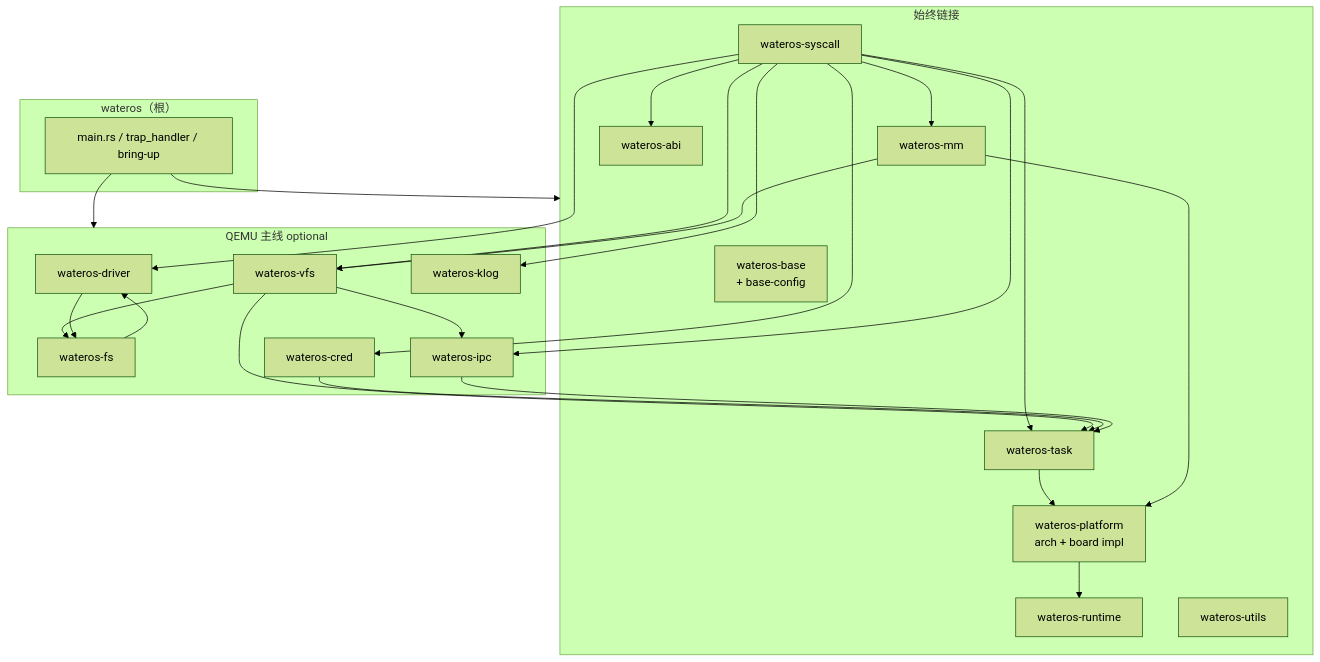
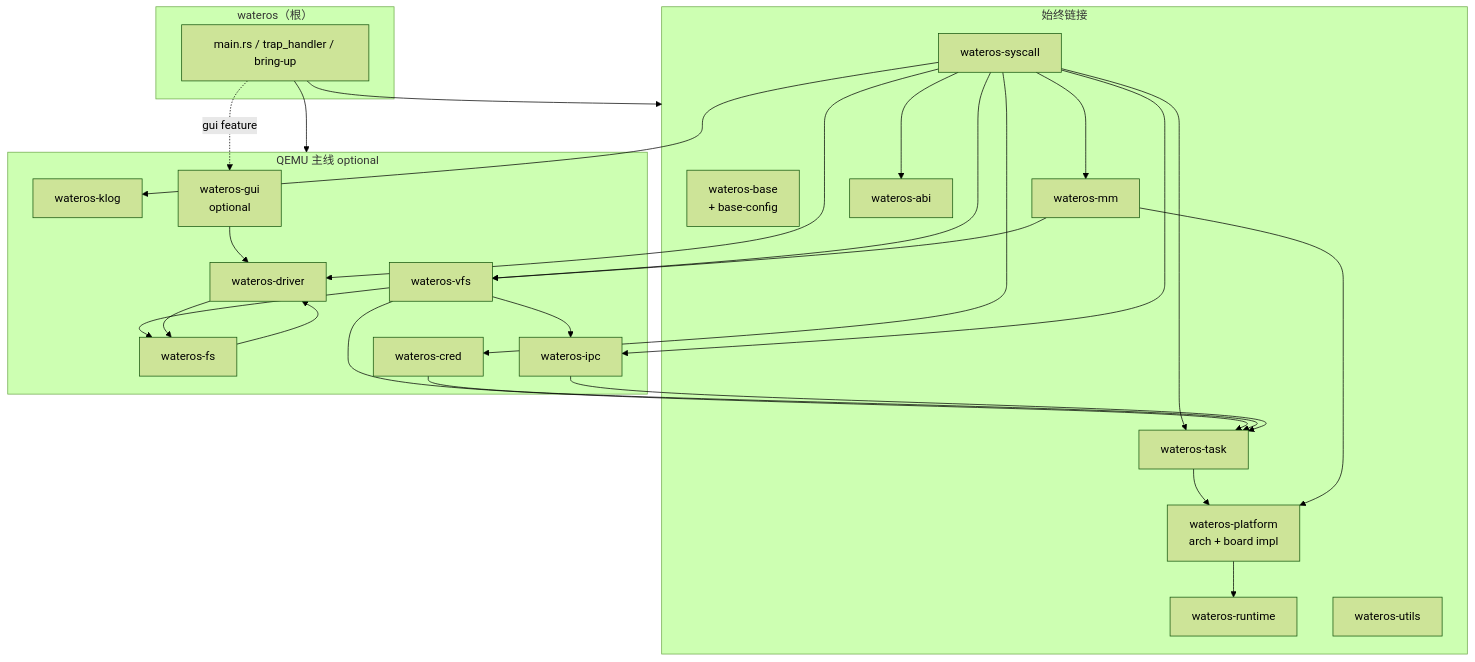
The first of 3 diagrams in docs/exports/architecture/components.md (zhitian111/WaterOS), drawn with Mermaid (forest theme) before and after one commit. The commit also changed other lines of this file and 58 other files, not shown here.

````diff
--- a/docs/exports/architecture/components.md
+++ b/docs/exports/architecture/components.md
@@ -7,54 +7,57 @@
 ```mermaid
 flowchart TB
     subgraph root["wateros（根）"]
         main["main.rs / trap_handler / bring-up"]
     end
 
   subgraph always["始终链接"]
     base["wateros-base<br/>+ base-config"]
     platform["wateros-platform<br/>arch + board impl"]
     runtime["wateros-runtime"]
     mm["wateros-mm"]
     task["wateros-task"]
     syscall["wateros-syscall"]
     abi["wateros-abi"]
     utils["wateros-utils"]
   end
 
   subgraph qemu["QEMU 主线 optional"]
     driver["wateros-driver"]
     fs["wateros-fs"]
     vfs["wateros-vfs"]
     ipc["wateros-ipc"]
     cred["wateros-cred"]
     klog["wateros-klog"]
+    gui["wateros-gui<br/>optional"]
   end
 
   main --> always
   main --> qemu
+  main -. gui feature .-> gui
+  gui --> driver
 
   syscall --> abi
   syscall --> task
   syscall --> mm
   syscall --> vfs
   syscall --> ipc
   syscall --> cred
   syscall --> klog
   syscall --> driver
 
   vfs --> fs
   vfs --> task
   vfs --> ipc
 
   fs --> driver
 
   cred --> task
   ipc --> task
 
   mm --> vfs
   driver --> fs
 
   platform --> runtime
   task --> platform
   mm --> platform
 ```
````
